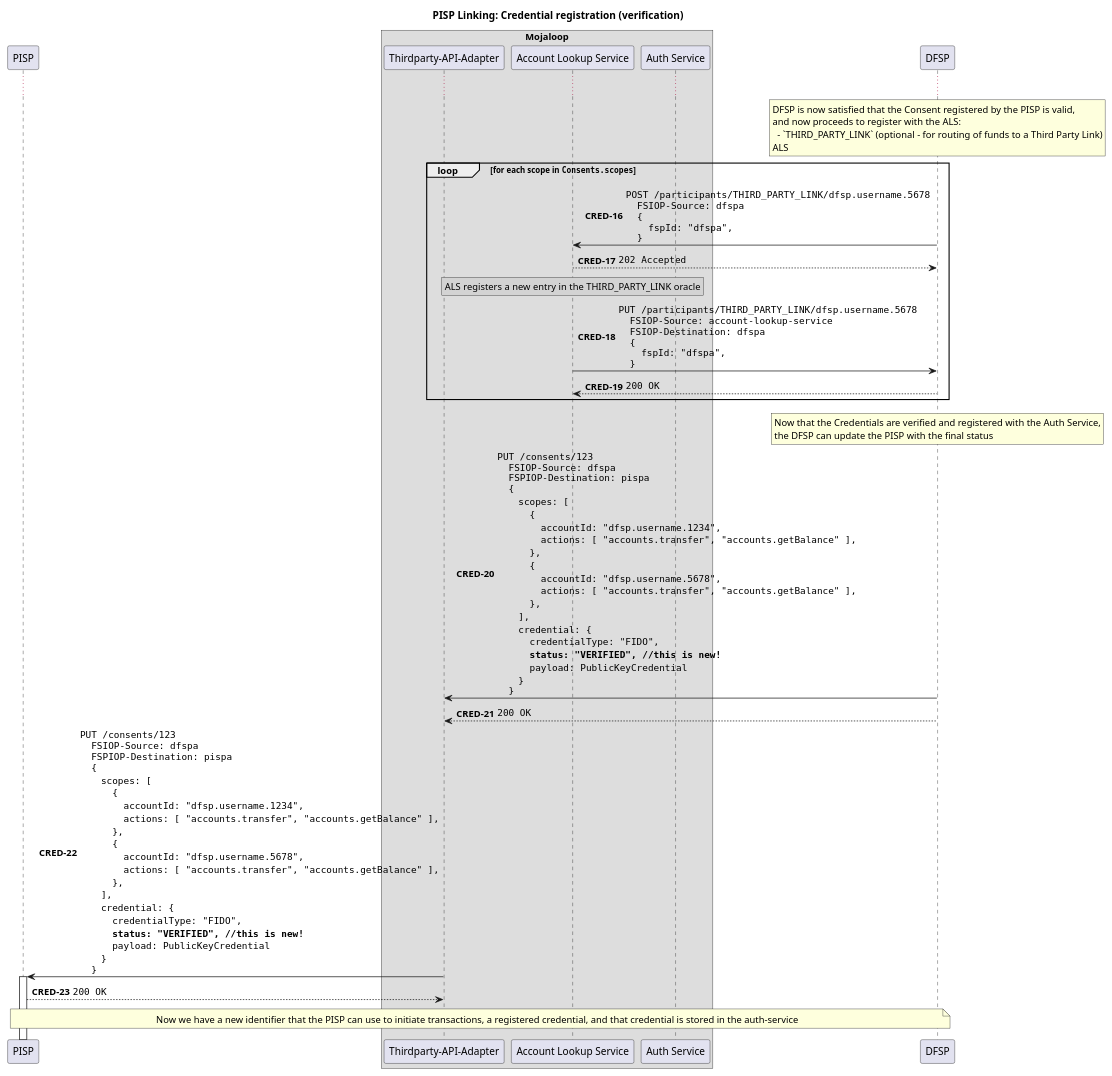
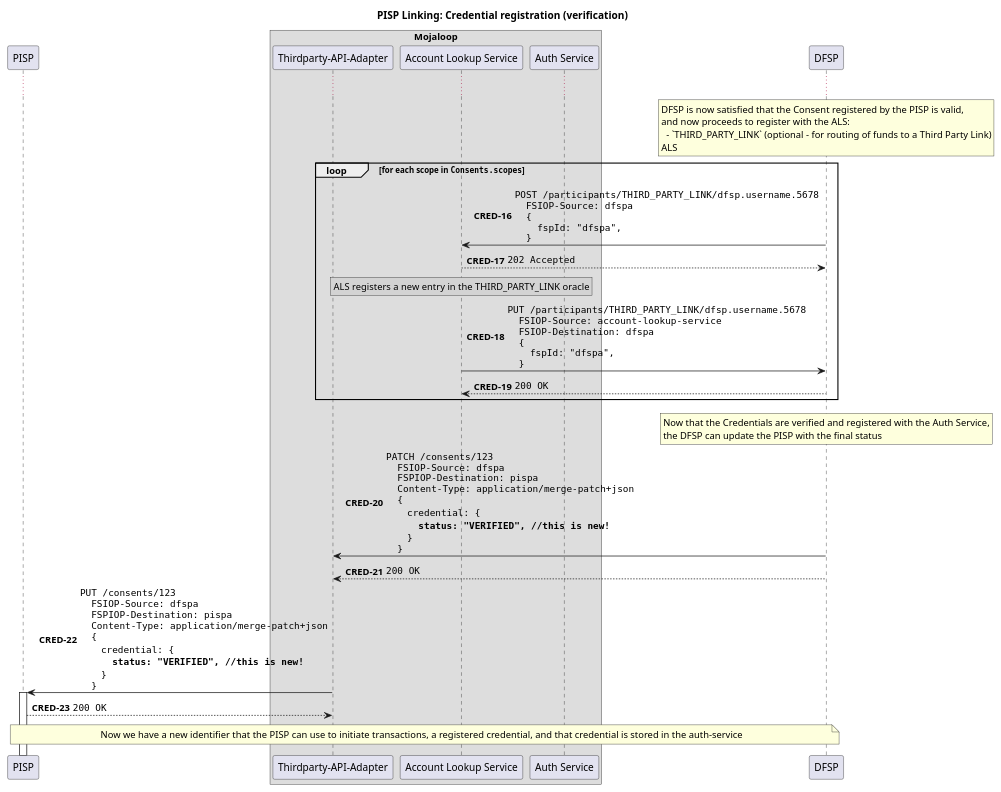
Before and after one commit to mojaloop/pisp-project: the diagram in docs/linking/5b-finalize_consent.puml, drawn with PlantUML. The commit also changed 10 other files, not shown here.

```diff
--- a/docs/linking/5b-finalize_consent.puml
+++ b/docs/linking/5b-finalize_consent.puml
@@ -1,107 +1,85 @@
 @startuml
 
 !pragma teoz true
 
 title PISP Linking: Credential registration (verification)
 
 participant "PISP" as PISP
 
 box "Mojaloop"
     participant "Thirdparty-API-Adapter" as Switch
     participant "Account Lookup Service" as ALS
     participant "Auth Service" as Auth
 end box
 
 participant "DFSP" as DFSP
 
 autonumber 16 "<b>CRED-#</b>"
 
 ...
 
 
 rnote over DFSP
   DFSP is now satisfied that the Consent registered by the PISP is valid,
   and now proceeds to register with the ALS:
     - `THIRD_PARTY_LINK` (optional - for routing of funds to a Third Party Link)
   ALS
 end note
 
 loop for each scope in ""Consents.scopes""
 
 DFSP -> ALS: ""POST /participants/THIRD_PARTY_LINK/dfsp.username.5678"" \n\
 ""  FSIOP-Source: dfspa""\n\
 ""  {""\n\
 ""    fspId: "dfspa",""\n\
 ""  }""
 ALS --> DFSP: ""202 Accepted""
 
 rnote over ALS #LightGray
   ALS registers a new entry in the THIRD_PARTY_LINK oracle
 end note
 
 ALS -> DFSP: ""PUT /participants/THIRD_PARTY_LINK/dfsp.username.5678"" \n\
 ""  FSIOP-Source: account-lookup-service""\n\
 ""  FSIOP-Destination: dfspa""\n\
 ""  {""\n\
 ""    fspId: "dfspa",""\n\
 ""  }""
 DFSP --> ALS: ""200 OK""
 end
 
 
 rnote over DFSP
   Now that the Credentials are verified and registered with the Auth Service,
   the DFSP can update the PISP with the final status
 end note
 
-DFSP -> Switch: ""PUT /consents/123""\n\
+DFSP -> Switch: ""PATCH /consents/123""\n\
 ""  FSIOP-Source: dfspa""\n\
 ""  FSPIOP-Destination: pispa""\n\
+""  Content-Type: application/merge-patch+json""\n\
 ""  {""\n\
-    ""  scopes: [""\n\
-    ""    {""\n\
-    ""      accountId: "dfsp.username.1234",""\n\
-    ""      actions: [ "accounts.transfer", "accounts.getBalance" ],""\n\
-    ""    },""\n\
-    ""    {""\n\
-    ""      accountId: "dfsp.username.5678",""\n\
-    ""      actions: [ "accounts.transfer", "accounts.getBalance" ],""\n\
-    ""    },""\n\
-    ""  ],""\n\
     ""  credential: {""\n\
-    ""    credentialType: "FIDO",""\n\
     ""    **status: "VERIFIED", //this is new!**""\n\
-    ""    payload: PublicKeyCredential ""\n\
     ""  }""\n\
 ""  }""
 DFSP --> Switch: ""200 OK""
 
 Switch -> PISP ++: ""PUT /consents/123""\n\
 ""  FSIOP-Source: dfspa""\n\
 ""  FSPIOP-Destination: pispa""\n\
+""  Content-Type: application/merge-patch+json""\n\
 ""  {""\n\
-    ""  scopes: [""\n\
-    ""    {""\n\
-    ""      accountId: "dfsp.username.1234",""\n\
-    ""      actions: [ "accounts.transfer", "accounts.getBalance" ],""\n\
-    ""    },""\n\
-    ""    {""\n\
-    ""      accountId: "dfsp.username.5678",""\n\
-    ""      actions: [ "accounts.transfer", "accounts.getBalance" ],""\n\
-    ""    },""\n\
-    ""  ],""\n\
     ""  credential: {""\n\
-    ""    credentialType: "FIDO",""\n\
     ""    **status: "VERIFIED", //this is new!**""\n\
-    ""    payload: PublicKeyCredential ""\n\
     ""  }""\n\
 ""  }""
 PISP --> Switch: ""200 OK""
 
 
 note over PISP, DFSP
   Now we have a new identifier that the PISP can use to initiate transactions, a registered credential, and that credential is stored in the auth-service
 end note
 
 
 @enduml
```
